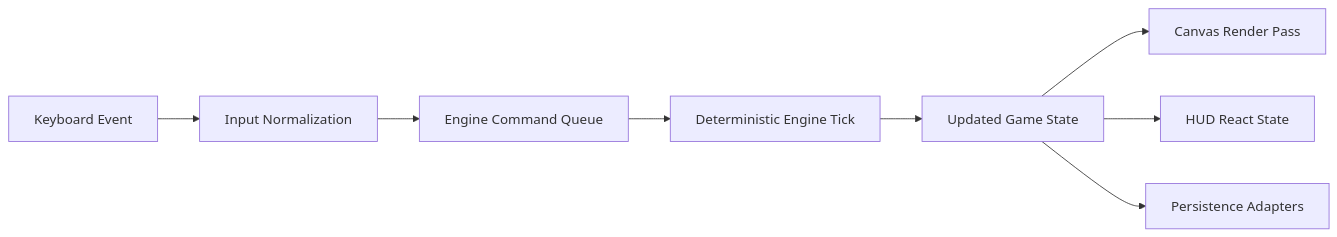
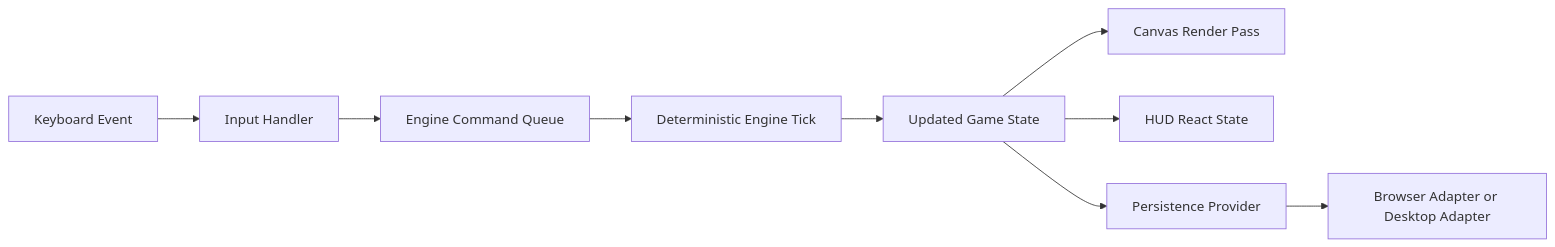
One commit to pchemguy/TetrisSpecifyCopilot changed the diagram in docs/developer-guide.md. Above: the diagram before and after it, drawn with Mermaid. The commit also changed other lines of this file and 6 other files, not shown here.

````diff
--- a/docs/developer-guide.md
+++ b/docs/developer-guide.md
@@ -94,10 +91,11 @@
 ```mermaid
 flowchart LR
-	A[Keyboard Event] --> B[Input Normalization]
-	B --> C[Engine Command Queue]
-	C --> D[Deterministic Engine Tick]
-	D --> E[Updated Game State]
-	E --> F[Canvas Render Pass]
-	E --> G[HUD React State]
-	E --> H[Persistence Adapters]
+  A[Keyboard Event] --> B[Input Handler]
+  B --> C[Engine Command Queue]
+  C --> D[Deterministic Engine Tick]
+  D --> E[Updated Game State]
+  E --> F[Canvas Render Pass]
+  E --> G[HUD React State]
+  E --> H[Persistence Provider]
+  H --> I[Browser Adapter or Desktop Adapter]
 ```
````
